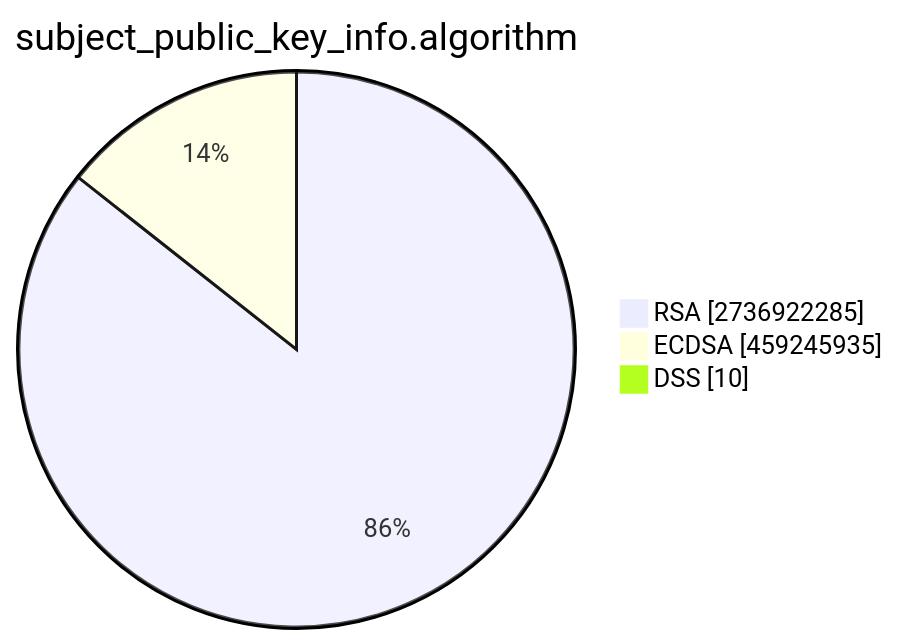
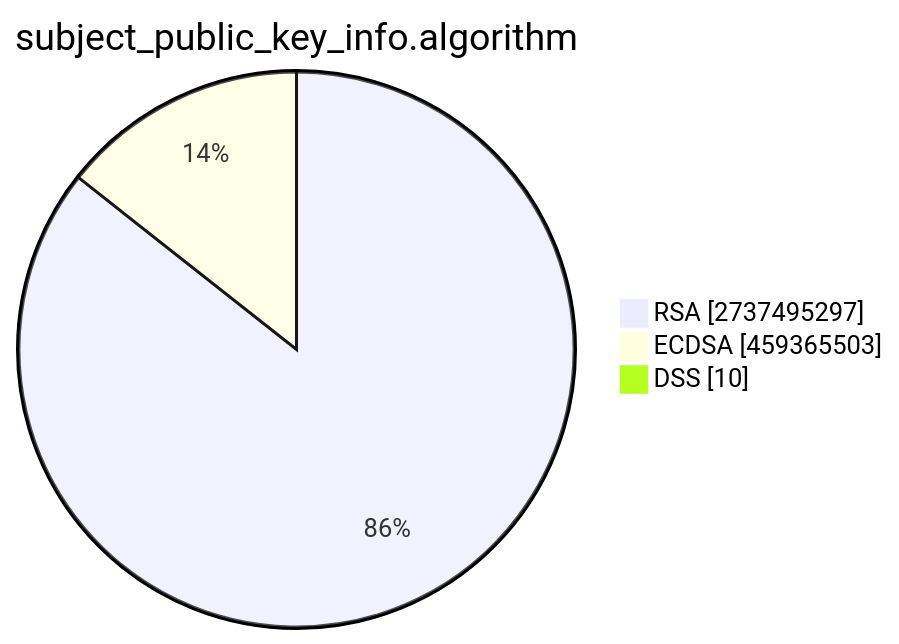
The second of 15 diagrams in TOTAL/README.md (christiankrug/ctmonitor_visualization), drawn with Mermaid before and after one commit. The commit also changed other lines of this file, not shown here.

````diff
--- a/TOTAL/README.md
+++ b/TOTAL/README.md
@@ -6,7 +6,7 @@
 ```mermaid
 pie showData
 title subject_public_key_info.algorithm
-"RSA" :2736922285
-"ECDSA" :459245935
+"RSA" :2737495297
+"ECDSA" :459365503
 "DSS" :10
 ```
````
